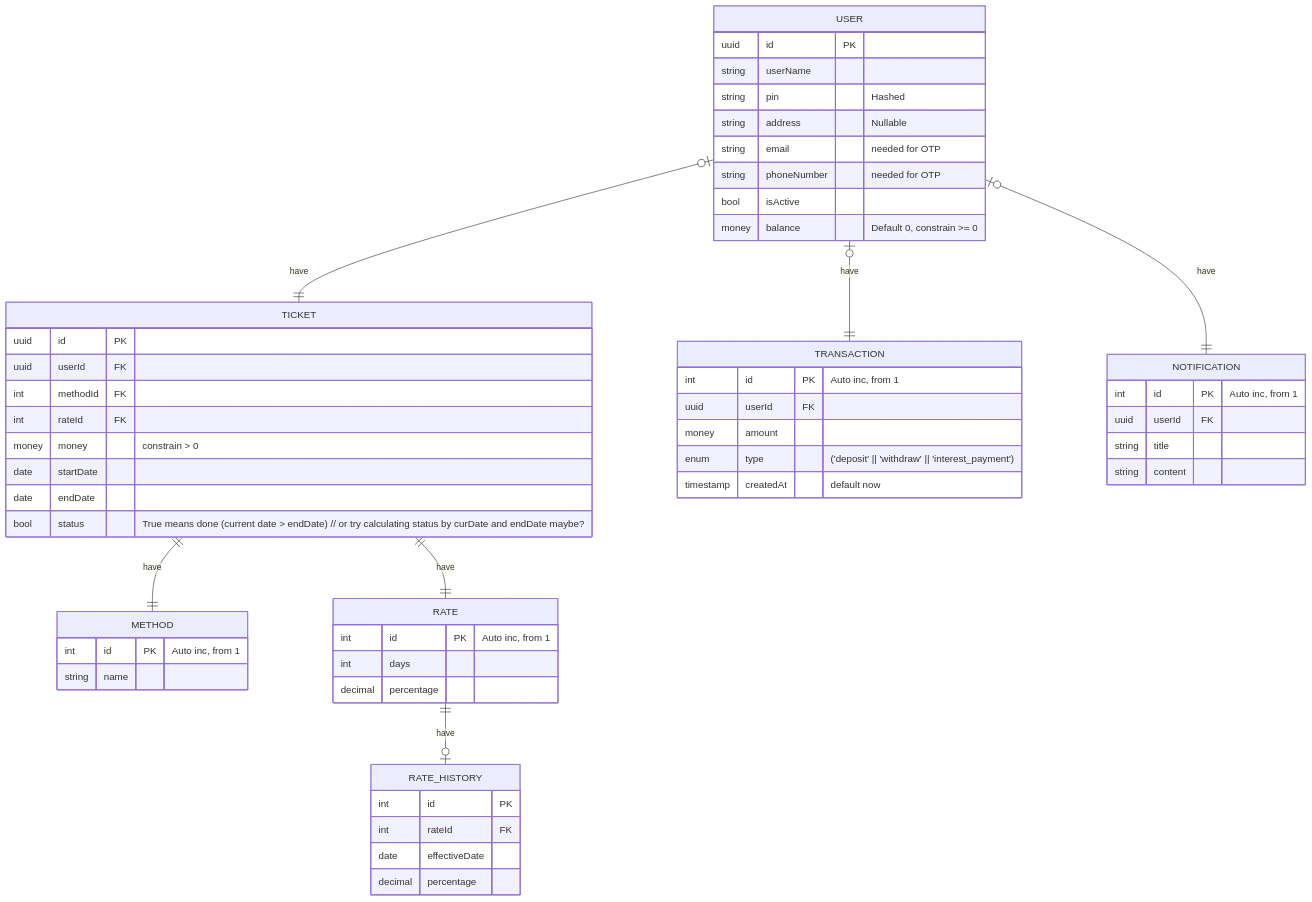
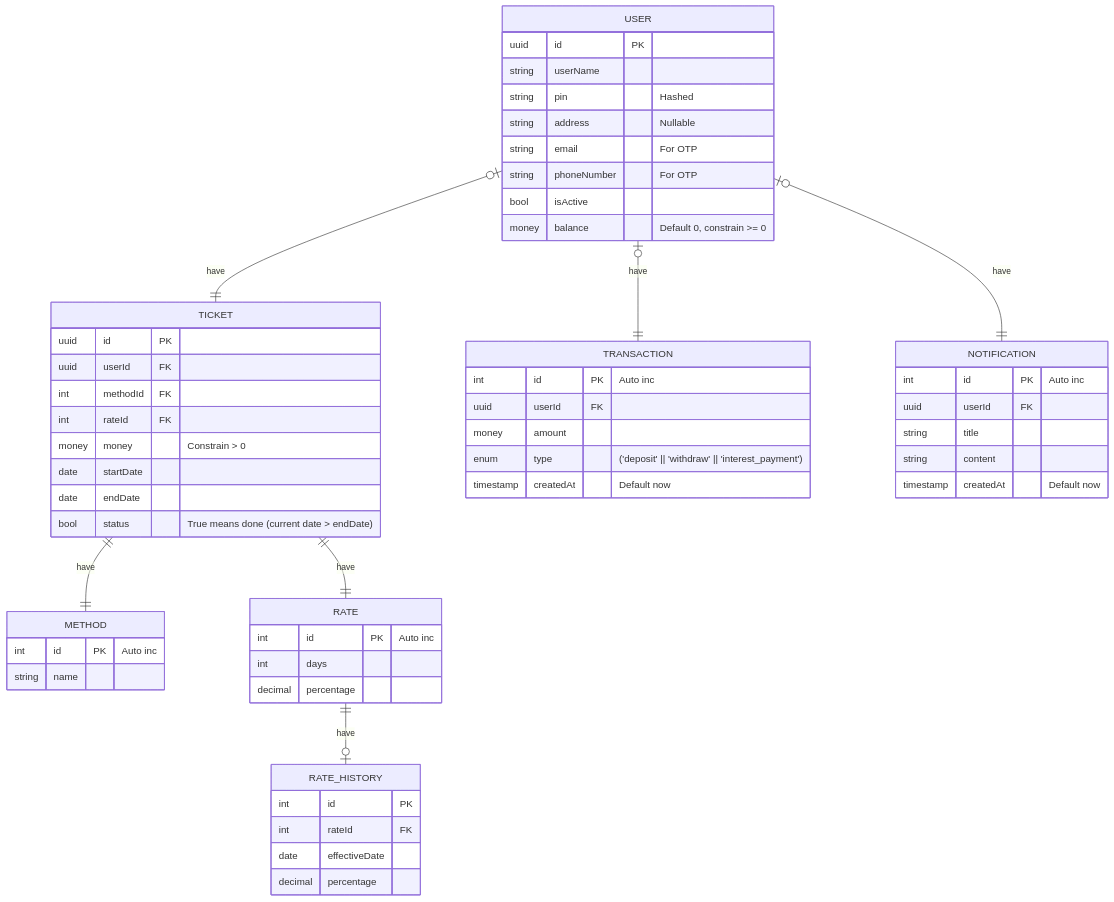
The first of 2 diagrams in profile/README.md (coinhub-uit/.github), drawn with Mermaid before and after one commit. The commit also changed other lines of this file, not shown here.

````diff
--- a/profile/README.md
+++ b/profile/README.md
@@ -15,64 +15,66 @@
 ```mermaid
 erDiagram
   USER {
     uuid id PK
     string userName
     string pin "Hashed"
     string address "Nullable"
-    string email "needed for OTP"
-    string phoneNumber "needed for OTP"
+    string email "For OTP"
+    string phoneNumber "For OTP"
     bool isActive
     money balance "Default 0, constrain >= 0"
   }
 
   METHOD {
-    int id PK "Auto inc, from 1"
+    int id PK "Auto inc"
     string name
   }
 
   RATE {
-    int id PK "Auto inc, from 1"
+    int id PK "Auto inc"
     int days
     decimal percentage
   }
 
   TICKET {
     uuid id PK
     uuid userId FK
     int methodId FK
     int rateId FK
-    money money "constrain > 0"
+    money money "Constrain > 0"
     date startDate
     date endDate
-    bool status "True means done (current date > endDate) // or try calculating status by curDate and endDate maybe?"
+    %% or try calculating status by curDate and endDate maybe?
+    bool status "True means done (current date > endDate)"
   }
 
   TRANSACTION {
-    int id PK "Auto inc, from 1"
+    int id PK "Auto inc"
     uuid userId FK
-    money amount 
+    money amount
     enum type "('deposit' || 'withdraw' || 'interest_payment')"
-    timestamp createdAt "default now"
+    timestamp createdAt "Default now"
   }
 
   NOTIFICATION {
-    int id PK "Auto inc, from 1"
+    int id PK "Auto inc"
     uuid userId FK
     string title
-    string content 
+    string content
+    timestamp createdAt "Default now"
   }
 
   RATE_HISTORY {
     int id PK
     int rateId FK
     date effectiveDate
     decimal percentage
   }
 
   USER |o--|| TICKET : have
   TICKET ||--|| METHOD : have
   TICKET ||--|| RATE : have
   USER |o--|| TRANSACTION : have
   USER |o--|| NOTIFICATION : have
   RATE ||--o| RATE_HISTORY : have
 ```
````
